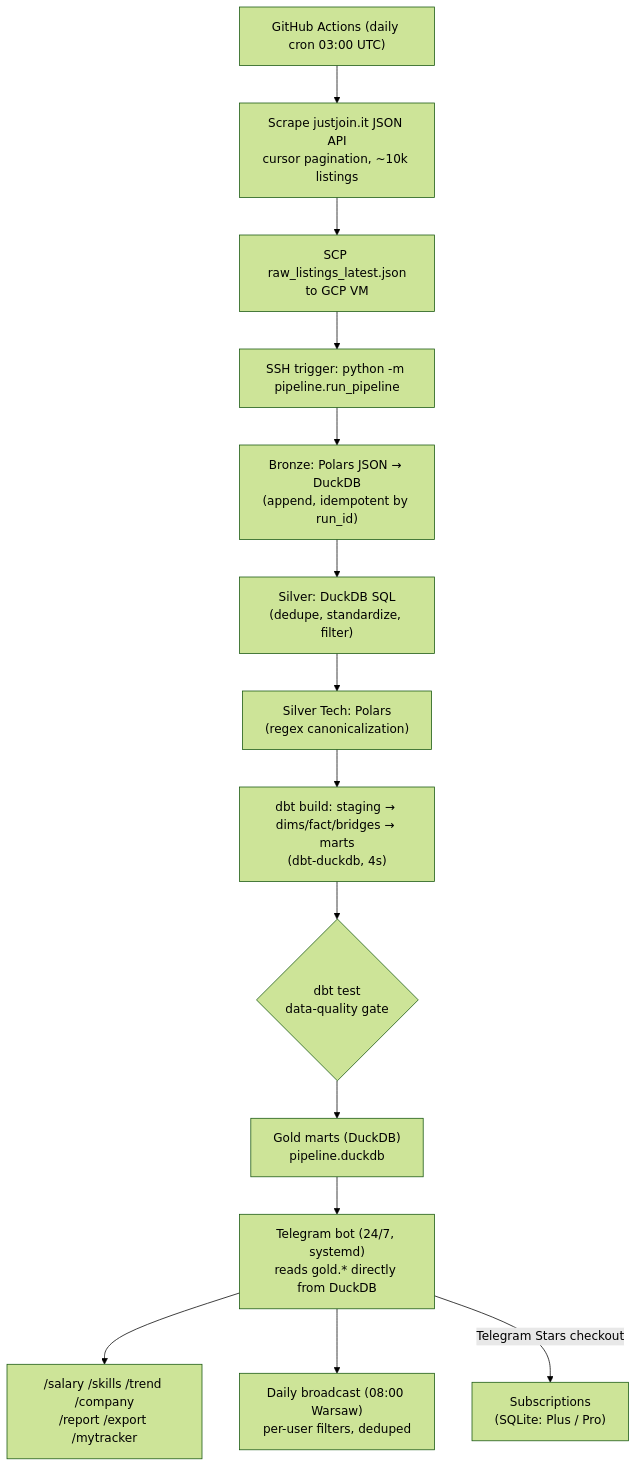
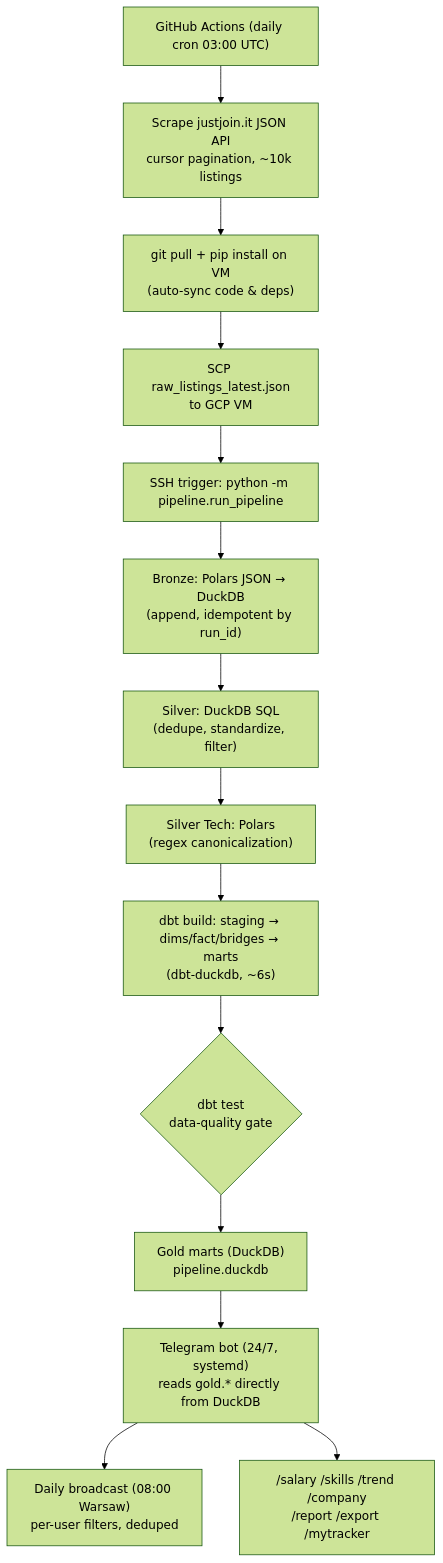
Before and after one commit to kromylodd/Polish-It-Job-Market-Intelligence: the first of 2 diagrams in README.md, drawn with Mermaid (forest theme). The commit also changed other lines of this file, not shown here.

````diff
--- a/README.md
+++ b/README.md
@@ -45,17 +45,17 @@
 ```mermaid
 flowchart TD
     A["GitHub Actions (daily cron 03:00 UTC)"] --> B["Scrape justjoin.it JSON API<br/>cursor pagination, ~10k listings"]
-    B --> C["SCP raw_listings_latest.json<br/>to GCP VM"]
-    C --> D["SSH trigger: python -m pipeline.run_pipeline"]
-    D --> E["Bronze: Polars JSON → DuckDB<br/>(append, idempotent by run_id)"]
-    E --> F["Silver: DuckDB SQL<br/>(dedupe, standardize, filter)"]
-    F --> G["Silver Tech: Polars<br/>(regex canonicalization)"]
-    G --> H["dbt build: staging → dims/fact/bridges → marts<br/>(dbt-duckdb, 4s)"]
-    H --> I{"dbt test<br/>data-quality gate"}
-    I --> J["Gold marts (DuckDB)<br/>pipeline.duckdb"]
+    B --> C["git pull + pip install on VM<br/>(auto-sync code & deps)"]
+    C --> D["SCP raw_listings_latest.json<br/>to GCP VM"]
+    D --> E["SSH trigger: python -m pipeline.run_pipeline"]
+    E --> F["Bronze: Polars JSON → DuckDB<br/>(append, idempotent by run_id)"]
+    F --> G["Silver: DuckDB SQL<br/>(dedupe, standardize, filter)"]
+    G --> H["Silver Tech: Polars<br/>(regex canonicalization)"]
+    H --> I["dbt build: staging → dims/fact/bridges → marts<br/>(dbt-duckdb, ~6s)"]
+    I --> J{"dbt test<br/>data-quality gate"}
+    J --> K["Gold marts (DuckDB)<br/>pipeline.duckdb"]
 
-    J --> K["Telegram bot (24/7, systemd)<br/>reads gold.* directly from DuckDB"]
-    K --> L["/salary /skills /trend /company<br/>/report /export /mytracker"]
-    K --> M["Daily broadcast (08:00 Warsaw)<br/>per-user filters, deduped"]
-    K -- "Telegram Stars checkout" --> N["Subscriptions<br/>(SQLite: Plus / Pro)"]
+    K --> L["Telegram bot (24/7, systemd)<br/>reads gold.* directly from DuckDB"]
+    L --> M["Daily broadcast (08:00 Warsaw)<br/>per-user filters, deduped"]
+    L --> N["/salary /skills /trend /company<br/>/report /export /mytracker"]
 ```
````
